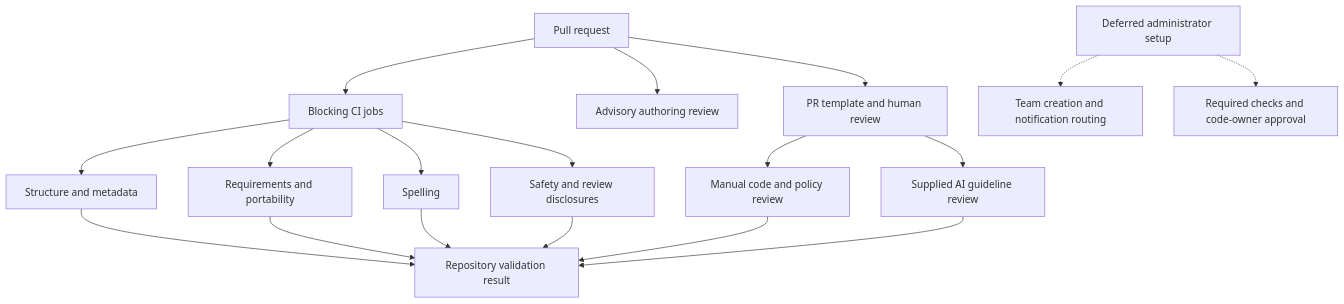
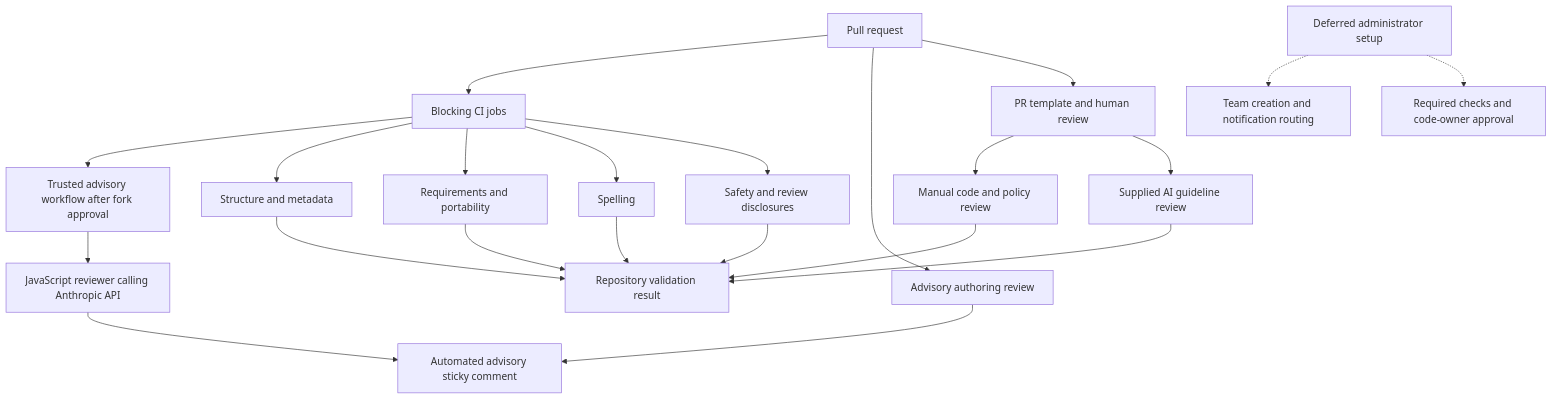
One commit to Lullabot/lullabot-skills changed the diagram in .ai/strikethroo/plans/01--skill-submission-ci/plan-01--skill-submission-ci.md. Above: the diagram before and after it, drawn with Mermaid. The commit also changed other lines of this file, not shown here.

Commit message:
docs: plan Anthropic advisory skill review

````diff
--- a/.ai/strikethroo/plans/01--skill-submission-ci/plan-01--skill-submission-ci.md
+++ b/.ai/strikethroo/plans/01--skill-submission-ci/plan-01--skill-submission-ci.md
@@ -73,20 +78,24 @@
 ```mermaid
 flowchart TD
     A[Pull request] --> B[Blocking CI jobs]
     A --> C[Advisory authoring review]
+    B --> O[Trusted advisory workflow after fork approval]
+    O --> P[JavaScript reviewer calling Anthropic API]
+    P --> Q[Automated advisory sticky comment]
+    C --> Q
     A --> D[PR template and human review]
     B --> E[Structure and metadata]
     B --> F[Requirements and portability]
     B --> G[Spelling]
     B --> K[Safety and review disclosures]
     D --> H[Manual code and policy review]
     D --> I[Supplied AI guideline review]
     E --> J[Repository validation result]
     F --> J
     G --> J
     K --> J
     H --> J
     I --> J
     L[Deferred administrator setup] -.-> M[Team creation and notification routing]
     L -.-> N[Required checks and code-owner approval]
 ```
````
